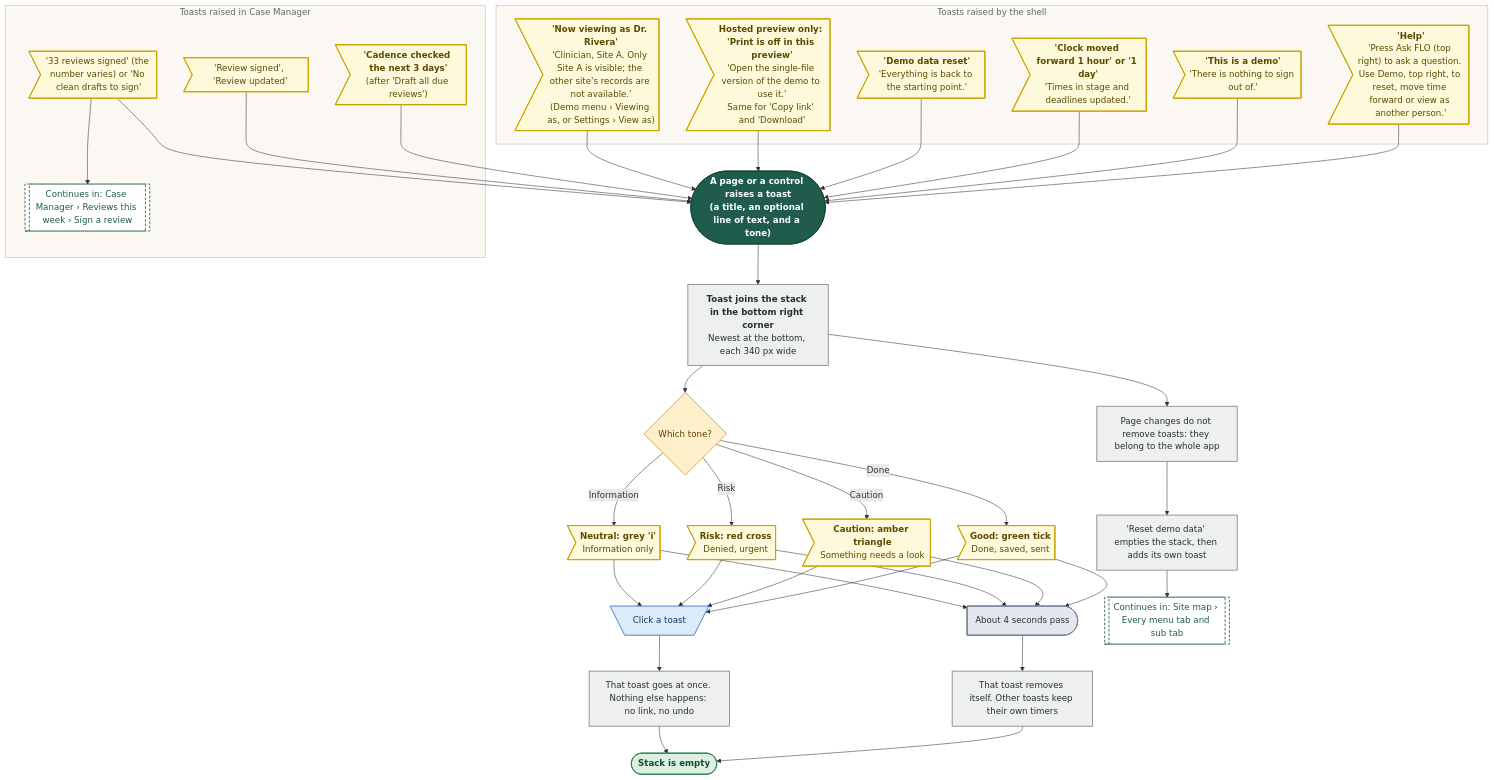
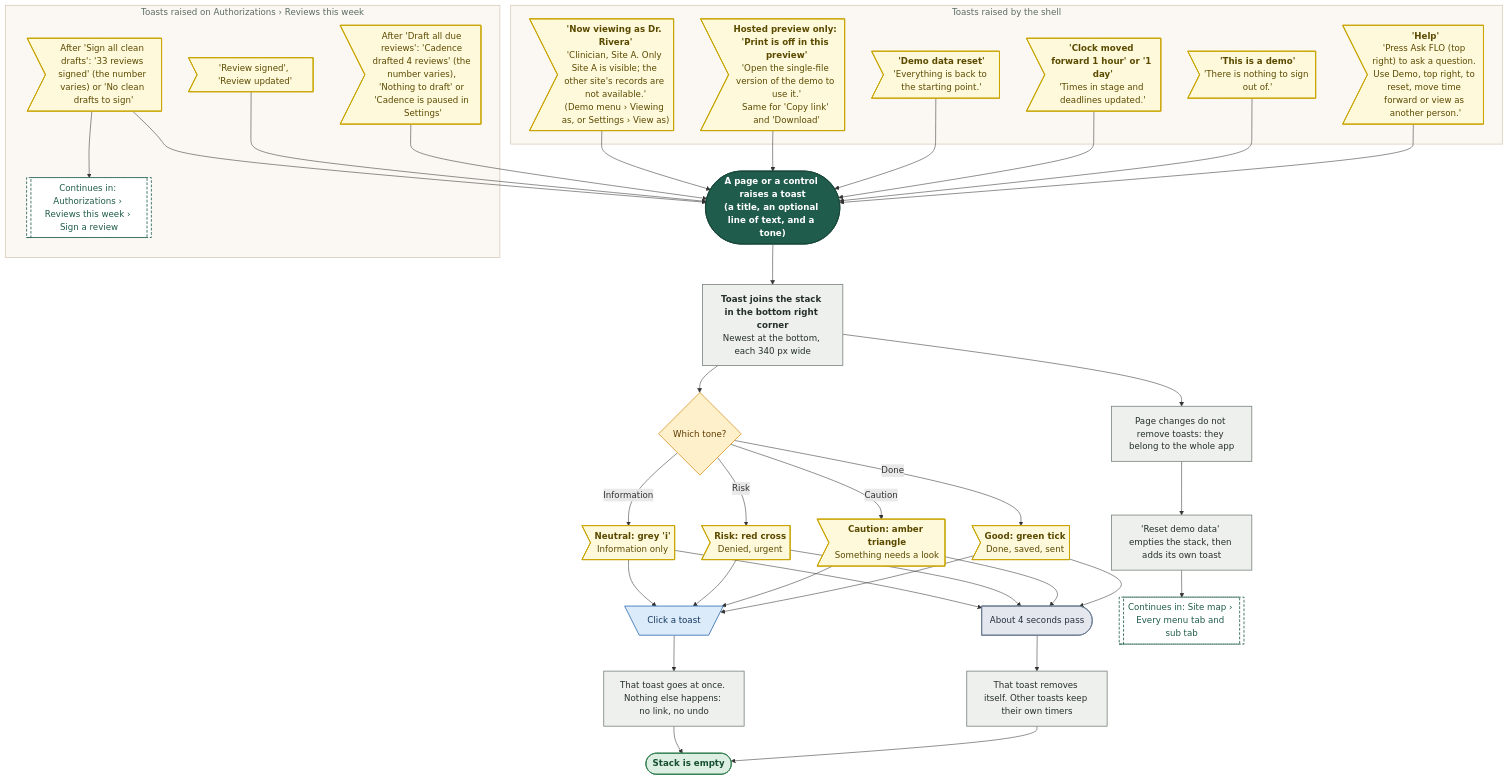
Before and after one commit to Shrav143/psyfloapp: diagram 19 of 19 in demos/prior-auth-demo/workflows/out/md/01-global-shell.md, drawn with Mermaid. The commit also changed other lines of this file and 113 other files, not shown here.

First line of the commit message:
docs: workflow diagrams for the merged Authorizations (worklist, approved, reviews and tracked cases, sidebar arrow), every link retargeted, 336 diagrams

````diff
--- a/demos/prior-auth-demo/workflows/out/md/01-global-shell.md
+++ b/demos/prior-auth-demo/workflows/out/md/01-global-shell.md
@@ -1389,72 +1492,72 @@
 ```mermaid
 %%{init: {"theme":"base","themeVariables":{"fontFamily":"'DM Sans', 'Segoe UI', system-ui, sans-serif","fontSize":"15px","lineColor":"#5B6B63","primaryTextColor":"#1C2B25","clusterBkg":"#FBF8F3","clusterBorder":"#D9CDBB","edgeLabelBackground":"#FFFFFF"},"flowchart":{"curve":"basis","nodeSpacing":36,"rankSpacing":48,"padding":12,"htmlLabels":true,"useMaxWidth":false,"wrappingWidth":230}} }%%
 flowchart TD
   classDef k_start fill:#1F5C4B,stroke:#174638,color:#FFFFFF,stroke-width:1.5px,font-weight:600
   classDef k_end fill:#DDEFE3,stroke:#2E7D4F,color:#14502F,stroke-width:1.5px,font-weight:600
   classDef k_endx fill:#FBE3E0,stroke:#C0392B,color:#7A1F16,stroke-width:1.5px,font-weight:600
   classDef k_screen fill:#FFFDF8,stroke:#1F5C4B,color:#1C2B25,stroke-width:2px
   classDef k_overlay fill:#F1F7F3,stroke:#1F5C4B,color:#1C2B25,stroke-width:2px,stroke-dasharray:5 3
   classDef k_click fill:#DCEBFA,stroke:#2F6DB5,color:#12365F,stroke-width:1.5px
   classDef k_input fill:#E4E7FF,stroke:#4C5FD5,color:#1D2670,stroke-width:1.5px
   classDef k_process fill:#EEF0EE,stroke:#7A857F,color:#26302B,stroke-width:1.5px
   classDef k_agent fill:#EEE5FA,stroke:#7A4FC2,color:#341A63,stroke-width:1.5px
   classDef k_decision fill:#FFF0CC,stroke:#D9962B,color:#5C3B00,stroke-width:1.5px
   classDef k_store fill:#D5F0EA,stroke:#1C8E7B,color:#0B4A3F,stroke-width:1.5px
   classDef k_doc fill:#F6E9DC,stroke:#B07A4C,color:#4A2E14,stroke-width:1.5px
   classDef k_ext fill:#FFE6D2,stroke:#E07B39,color:#6B2F06,stroke-width:1.5px
   classDef k_wait fill:#E4E8EE,stroke:#6B7C93,color:#26303D,stroke-width:1.5px
   classDef k_toast fill:#FFF9DB,stroke:#C9A400,color:#5A4A00,stroke-width:1.5px
   classDef k_goto fill:#FFFFFF,stroke:#1F5C4B,color:#1F5C4B,stroke-width:1.5px,stroke-dasharray:5 3
   s1@{ shape: stadium, label: "<b>A page or a control raises a toast</b><br/>(a title, an optional line of text, and a tone)" }
   p1@{ shape: rect, label: "<b>Toast joins the stack in the bottom right corner</b><br/>Newest at the bottom, each 340 px wide" }
   d1@{ shape: diam, label: "Which tone?" }
   t1@{ shape: odd, label: "<b>Good: green tick</b><br/>Done, saved, sent" }
   t2@{ shape: odd, label: "<b>Caution: amber triangle</b><br/>Something needs a look" }
   t3@{ shape: odd, label: "<b>Risk: red cross</b><br/>Denied, urgent" }
   t4@{ shape: odd, label: "<b>Neutral: grey 'i'</b><br/>Information only" }
   w1@{ shape: delay, label: "About 4 seconds pass" }
   p2@{ shape: rect, label: "That toast removes itself. Other toasts keep their own timers" }
   c1@{ shape: trap-t, label: "Click a toast" }
   p3@{ shape: rect, label: "That toast goes at once. Nothing else happens: no link, no undo" }
   p4@{ shape: rect, label: "Page changes do not remove toasts: they belong to the whole app" }
   p5@{ shape: rect, label: "'Reset demo data' empties the stack, then adds its own toast" }
   e1@{ shape: stadium, label: "Stack is empty" }
   subgraph gShell ["Toasts raised by the shell"]
   s2@{ shape: odd, label: "<b>'Help'</b><br/>'Press Ask FLO (top right) to ask a question. Use Demo, top right, to reset, move time forward or view as another person.'" }
   s3@{ shape: odd, label: "<b>'This is a demo'</b><br/>'There is nothing to sign out of.'" }
   s4@{ shape: odd, label: "<b>'Clock moved forward 1 hour' or '1 day'</b><br/>'Times in stage and deadlines updated.'" }
   s7@{ shape: odd, label: "<b>'Now viewing as Dr. Rivera'</b><br/>'Clinician, Site A. Only Site A is visible; the other site's records are not available.'<br/>(Demo menu › Viewing as, or Settings › View as)" }
   s5@{ shape: odd, label: "<b>'Demo data reset'</b><br/>'Everything is back to the starting point.'" }
   s6@{ shape: odd, label: "<b>Hosted preview only: 'Print is off in this preview'</b><br/>'Open the single-file version of the demo to use it.'<br/>Same for 'Copy link' and 'Download'" }
   end
-  subgraph gMgr ["Toasts raised in Case Manager"]
-  m1@{ shape: odd, label: "<b>'Cadence checked the next 3 days'</b><br/>(after 'Draft all due reviews')" }
+  subgraph gMgr ["Toasts raised on Authorizations › Reviews this week"]
+  m1@{ shape: odd, label: "After 'Draft all due reviews': 'Cadence drafted 4 reviews' (the number varies), 'Nothing to draft' or 'Cadence is paused in Settings'" }
   m2@{ shape: odd, label: "'Review signed', 'Review updated'" }
-  m3@{ shape: odd, label: "'33 reviews signed' (the number varies) or 'No clean drafts to sign'" }
-  g1@{ shape: subproc, label: "Continues in: Case Manager › Reviews this week › Sign a review" }
+  m3@{ shape: odd, label: "After 'Sign all clean drafts': '33 reviews signed' (the number varies) or 'No clean drafts to sign'" }
+  g1@{ shape: subproc, label: "Continues in: Authorizations › Reviews this week › Sign a review" }
   end
   g2@{ shape: subproc, label: "Continues in: Site map › Every menu tab and sub tab" }
   s1 --> p1 --> d1
   d1 -->|"Done"| t1
   d1 -->|"Caution"| t2
   d1 -->|"Risk"| t3
   d1 -->|"Information"| t4
   t1 & t2 & t3 & t4 --> w1 --> p2 --> e1
   t1 & t2 & t3 & t4 --> c1 --> p3 --> e1
   p1 --> p4
   p4 --> p5
   s2 & s3 & s4 & s5 & s6 & s7 --> s1
   m1 & m2 & m3 --> s1
   m3 --> g1
   p5 --> g2
   class s1 k_start
   class p1,p2,p3,p4,p5 k_process
   class d1 k_decision
   class t1,t2,t3,t4,s2,s3,s4,s7,s5,s6,m1,m2,m3 k_toast
   class w1 k_wait
   class c1 k_click
   class e1 k_end
   class g1,g2 k_goto
   style gShell fill:#FBF8F3,stroke:#D9CDBB,stroke-width:1.5px,color:#5B6B63
   style gMgr fill:#FBF8F3,stroke:#D9CDBB,stroke-width:1.5px,color:#5B6B63
 ```
````
